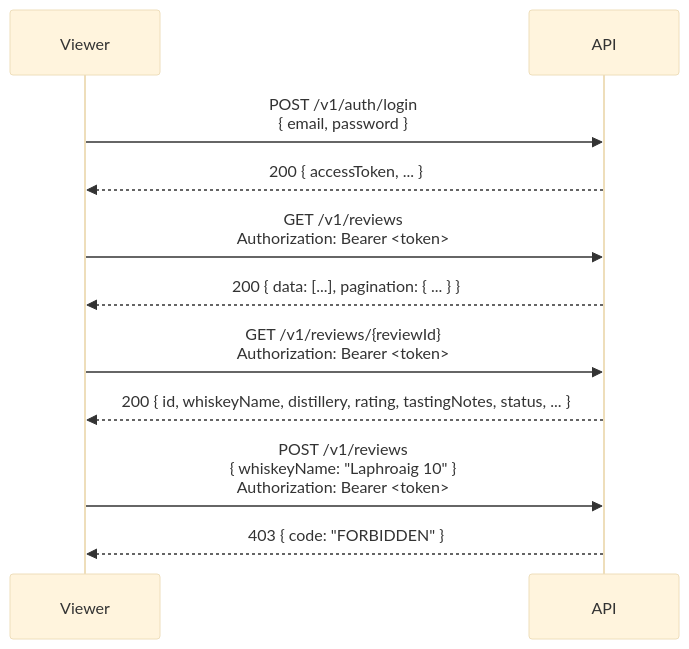
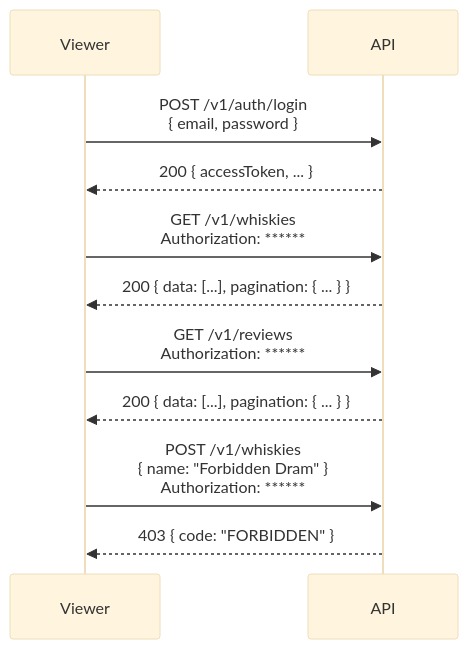
One commit to dataGriff/whiskey-reviews-api changed the fourth of 5 diagrams in docs/specifications/sequence-diagrams.md. Above: the diagram before and after it, drawn with Mermaid (base theme). The commit also changed other lines of this file and 16 other files, not shown here.

````diff
--- a/docs/specifications/sequence-diagrams.md
+++ b/docs/specifications/sequence-diagrams.md
@@ -45,17 +67,17 @@
 ```mermaid
 sequenceDiagram
     participant Viewer
     participant API
 
     Viewer->>API: POST /v1/auth/login<br/>{ email, password }
     API-->>Viewer: 200 { accessToken, ... }
 
-    Viewer->>API: GET /v1/reviews<br/>Authorization: Bearer <token>
+    Viewer->>API: GET /v1/whiskies<br/>Authorization: ******
     API-->>Viewer: 200 { data: [...], pagination: { ... } }
 
-    Viewer->>API: GET /v1/reviews/{reviewId}<br/>Authorization: Bearer <token>
-    API-->>Viewer: 200 { id, whiskeyName, distillery, rating, tastingNotes, status, ... }
+    Viewer->>API: GET /v1/reviews<br/>Authorization: ******
+    API-->>Viewer: 200 { data: [...], pagination: { ... } }
 
-    Viewer->>API: POST /v1/reviews<br/>{ whiskeyName: "Laphroaig 10" }<br/>Authorization: Bearer <token>
+    Viewer->>API: POST /v1/whiskies<br/>{ name: "Forbidden Dram" }<br/>Authorization: ******
     API-->>Viewer: 403 { code: "FORBIDDEN" }
 ```
````
